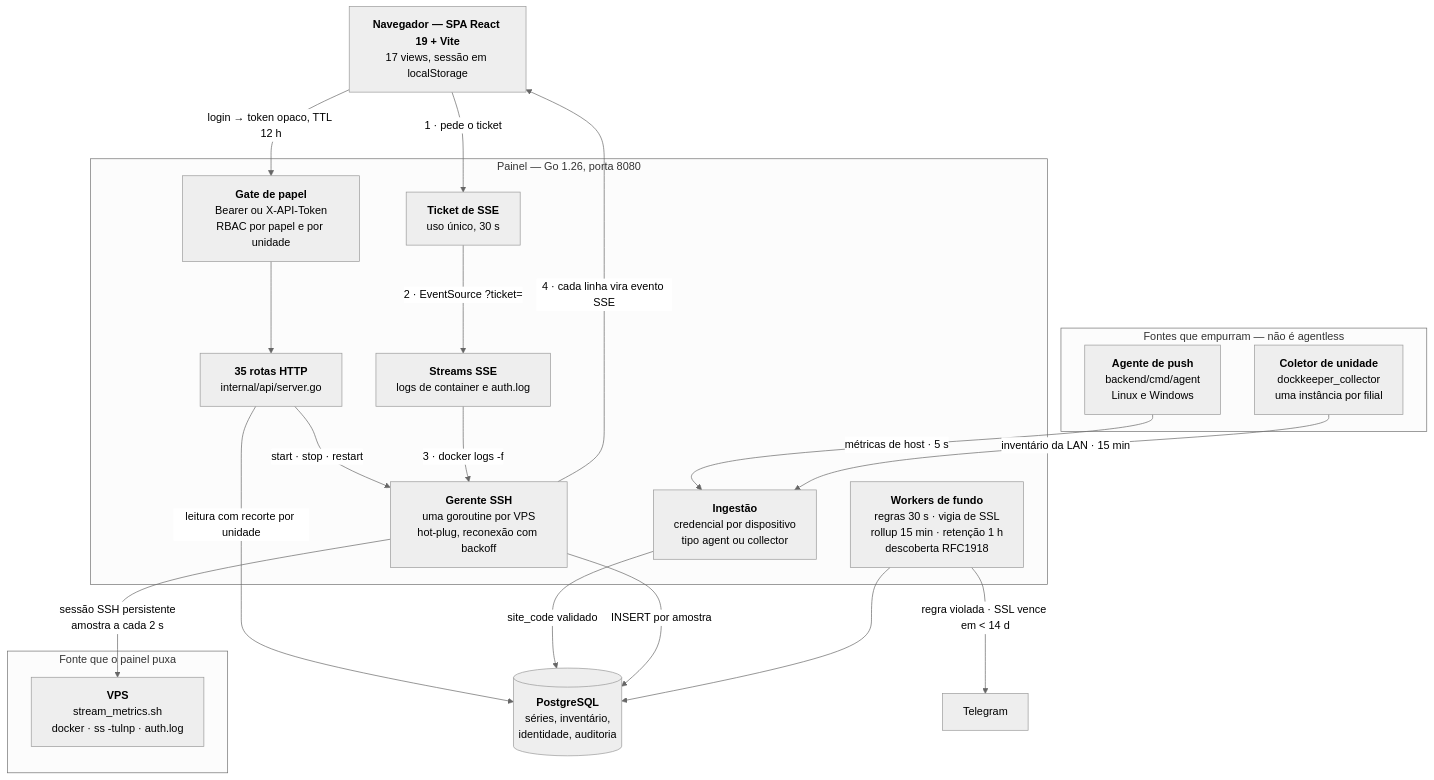
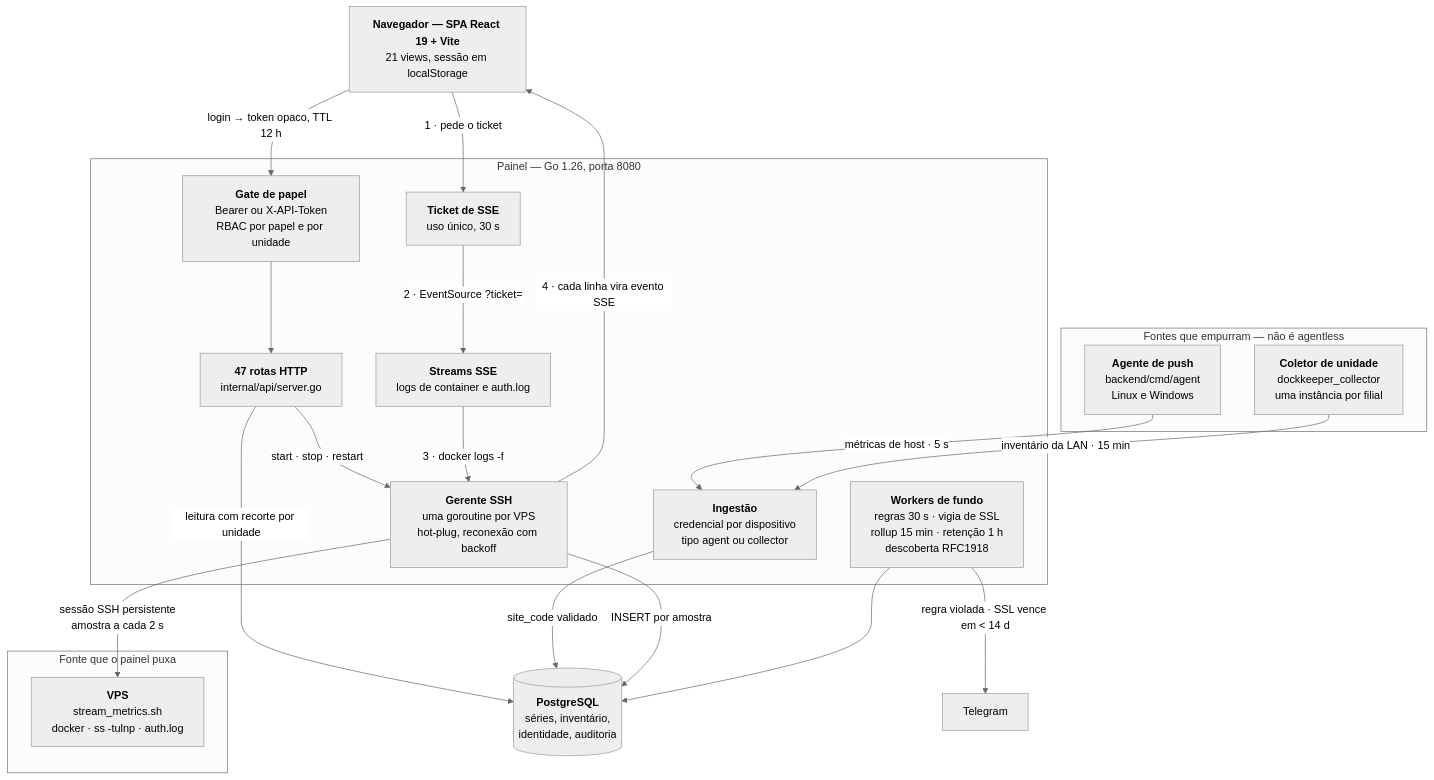
Before and after one commit to jvS0uzx/dock_keeper: the diagram in README.md, drawn with Mermaid (neutral theme). The commit also changed other lines of this file and 12 other files, not shown here.

````diff
--- a/README.md
+++ b/README.md
@@ -69,45 +66,45 @@
 ```mermaid
 flowchart TB
-    spa["<b>Navegador — SPA React 19 + Vite</b><br/>17 views, sessão em localStorage"]
+    spa["<b>Navegador — SPA React 19 + Vite</b><br/>21 views, sessão em localStorage"]
 
     subgraph push["Fontes que empurram — não é agentless"]
         agente["<b>Agente de push</b><br/>backend/cmd/agent<br/>Linux e Windows"]
         coletor["<b>Coletor de unidade</b><br/>dockkeeper_collector<br/>uma instância por filial"]
     end
 
     subgraph painel["Painel — Go 1.26, porta 8080"]
         gate["<b>Gate de papel</b><br/>Bearer ou X-API-Token<br/>RBAC por papel e por unidade"]
         ticket["<b>Ticket de SSE</b><br/>uso único, 30 s"]
-        rotas["<b>35 rotas HTTP</b><br/>internal/api/server.go"]
+        rotas["<b>47 rotas HTTP</b><br/>internal/api/server.go"]
         stream["<b>Streams SSE</b><br/>logs de container e auth.log"]
         ingest["<b>Ingestão</b><br/>credencial por dispositivo<br/>tipo agent ou collector"]
         sshmgr["<b>Gerente SSH</b><br/>uma goroutine por VPS<br/>hot-plug, reconexão com backoff"]
         workers["<b>Workers de fundo</b><br/>regras 30 s · vigia de SSL<br/>rollup 15 min · retenção 1 h<br/>descoberta RFC1918"]
     end
 
     subgraph pull["Fonte que o painel puxa"]
         vps["<b>VPS</b><br/>stream_metrics.sh<br/>docker · ss -tulnp · auth.log"]
     end
 
     pg[("<b>PostgreSQL</b><br/>séries, inventário,<br/>identidade, auditoria")]
     tg["Telegram"]
 
     spa -->|"login → token opaco, TTL 12 h"| gate
     spa -->|"1 · pede o ticket"| ticket
     gate --> rotas
     ticket -->|"2 · EventSource ?ticket="| stream
 
     agente -->|"métricas de host · 5 s"| ingest
     coletor -->|"inventário da LAN · 15 min"| ingest
 
     rotas -->|"start · stop · restart"| sshmgr
     stream -->|"3 · docker logs -f"| sshmgr
     sshmgr -->|"sessão SSH persistente<br/>amostra a cada 2 s"| vps
     sshmgr -->|"4 · cada linha vira evento SSE"| spa
 
     rotas -->|"leitura com recorte por unidade"| pg
     ingest -->|"site_code validado"| pg
     sshmgr -->|"INSERT por amostra"| pg
     workers --> pg
     workers -->|"regra violada · SSL vence em < 14 d"| tg
 ```
````
